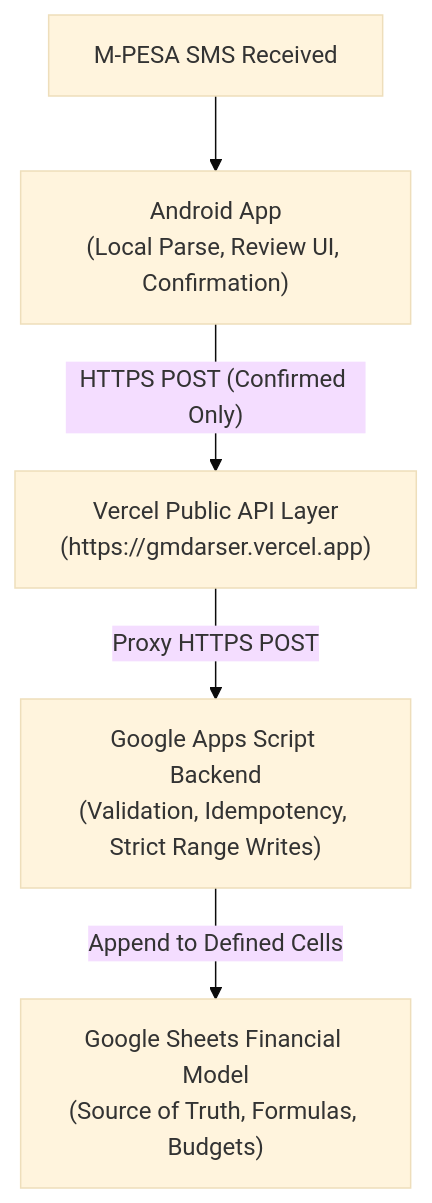
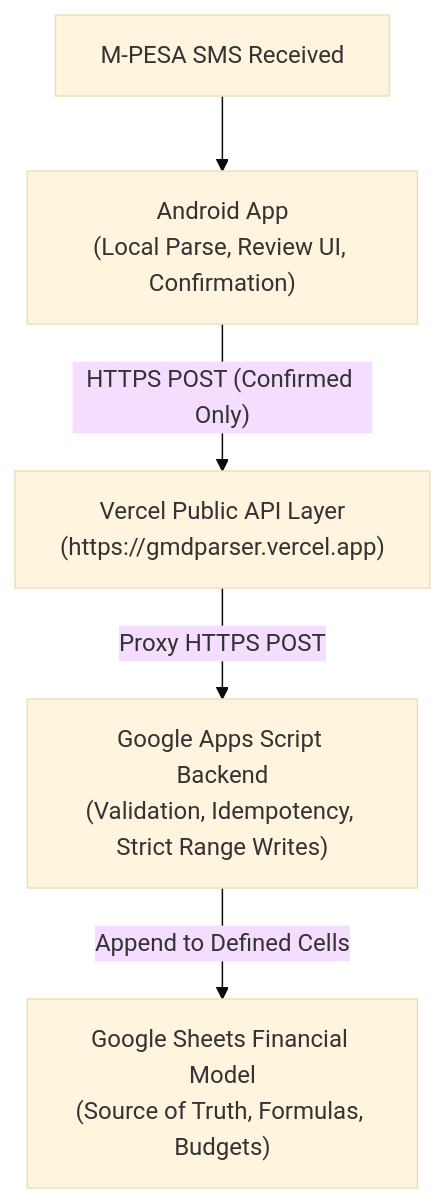
Before and after one commit to geoffreymainadigital/GMDparser: the diagram in README.md, drawn with Mermaid (base theme). The commit also changed other lines of this file and 19 other files, not shown here.

````diff
--- a/README.md
+++ b/README.md
@@ -25,7 +25,7 @@
 ```mermaid
 flowchart TD
     SMS["M-PESA SMS Received"] --> Android["Android App<br/>(Local Parse, Review UI, Confirmation)"]
-    Android -- "HTTPS POST (Confirmed Only)" --> Vercel["Vercel Public API Layer<br/>(https://gmdarser.vercel.app)"]
+    Android -- "HTTPS POST (Confirmed Only)" --> Vercel["Vercel Public API Layer<br/>(https://gmdparser.vercel.app)"]
     Vercel -- "Proxy HTTPS POST" --> GAS["Google Apps Script Backend<br/>(Validation, Idempotency, Strict Range Writes)"]
     GAS -- "Append to Defined Cells" --> Sheet["Google Sheets Financial Model<br/>(Source of Truth, Formulas, Budgets)"]
 ```
````
